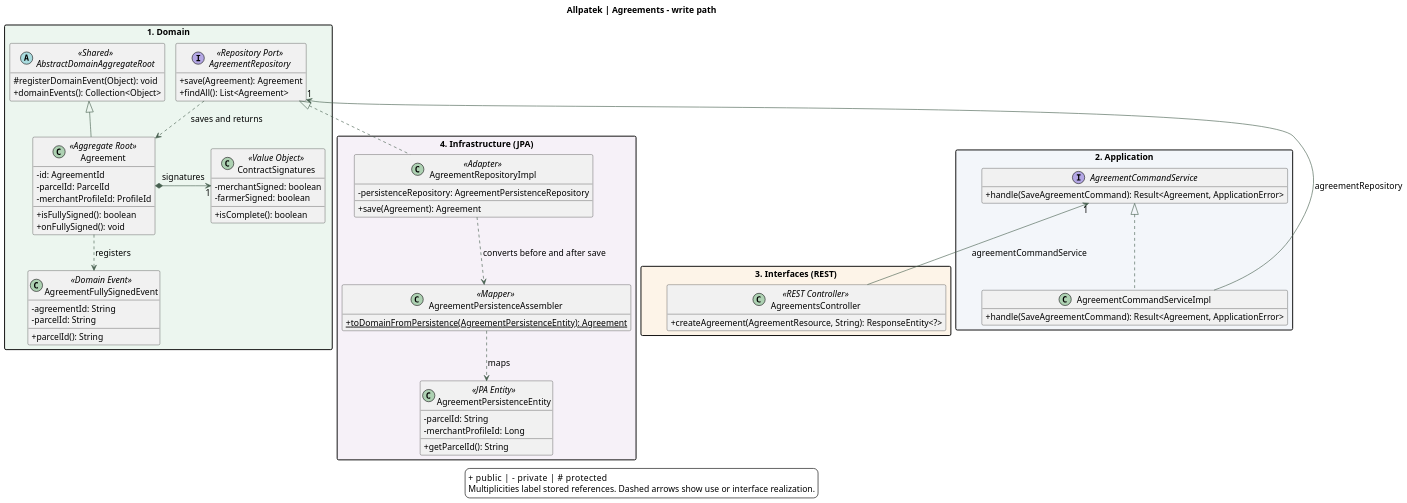
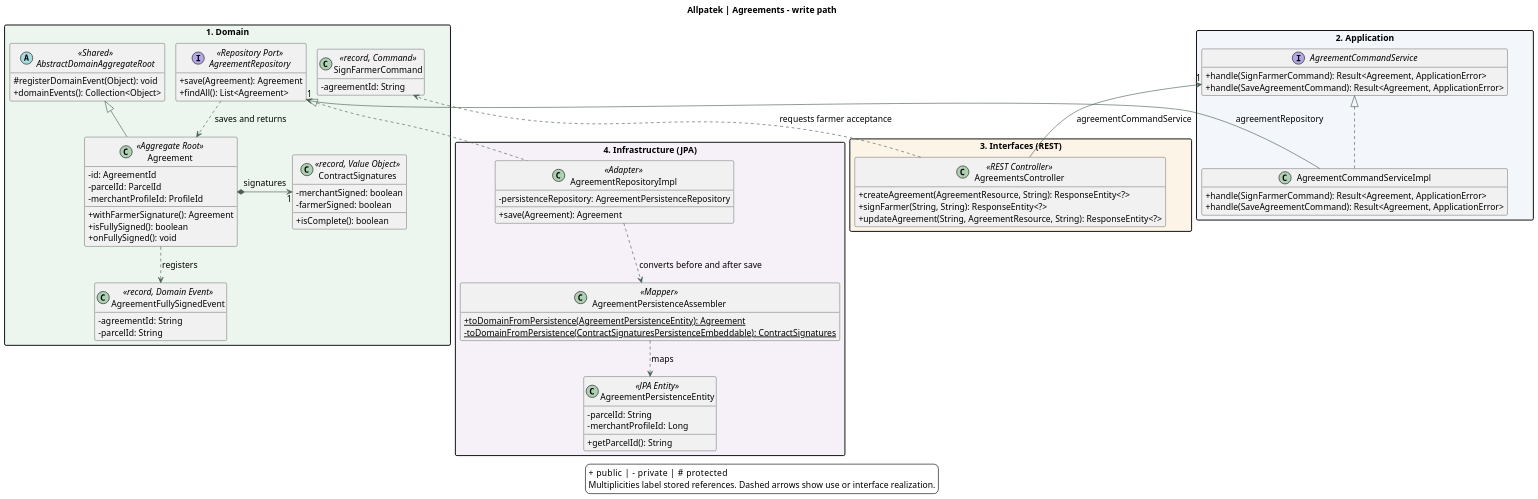
Before and after one commit to upc-pre-202620-1asi0729-7753-Terranova/allpatek-report: the diagram in assets/chapter-04/architecture/10-classes-contracts.puml, drawn with PlantUML. The commit also changed 2 other files, not shown here.

Commit message:
docs(uml): model farmer signature commands and agreement updates

```diff
--- a/assets/chapter-04/architecture/10-classes-contracts.puml
+++ b/assets/chapter-04/architecture/10-classes-contracts.puml
@@ -1,86 +1,95 @@
 @startuml
 !pragma layout smetana
 skinparam backgroundColor white
 skinparam defaultFontName SansSerif
 skinparam defaultFontSize 14
 skinparam shadowing false
 skinparam classAttributeIconSize 0
 skinparam ArrowColor #476050
 skinparam packageStyle rectangle
 skinparam dpi 140
 hide empty members
 top to bottom direction
 title Allpatek | Agreements - write path
 
 package "1. Domain" as Domain #ECF6EF {
+  class SignFarmerCommand <<record, Command>> {
+    -agreementId: String
+  }
   class Agreement <<Aggregate Root>> {
     -id: AgreementId
     -parcelId: ParcelId
     -merchantProfileId: ProfileId
+    +withFarmerSignature(): Agreement
     +isFullySigned(): boolean
     +onFullySigned(): void
   }
-  class ContractSignatures <<Value Object>> {
+  class ContractSignatures <<record, Value Object>> {
     -merchantSigned: boolean
     -farmerSigned: boolean
     +isComplete(): boolean
   }
   interface AgreementRepository <<Repository Port>> {
     +save(Agreement): Agreement
     +findAll(): List<Agreement>
   }
   Agreement *-right-> "1" ContractSignatures : signatures
   AgreementRepository ..> Agreement : saves and returns
   abstract class AbstractDomainAggregateRoot <<Shared>> {
     #registerDomainEvent(Object): void
     +domainEvents(): Collection<Object>
   }
-  class AgreementFullySignedEvent <<Domain Event>> {
+  class AgreementFullySignedEvent <<record, Domain Event>> {
     -agreementId: String
     -parcelId: String
-    +parcelId(): String
   }
   AbstractDomainAggregateRoot <|-- Agreement
   Agreement ..> AgreementFullySignedEvent : registers
 }
 package "2. Application" as Application #F3F6FA {
   interface AgreementCommandService {
+    +handle(SignFarmerCommand): Result<Agreement, ApplicationError>
     +handle(SaveAgreementCommand): Result<Agreement, ApplicationError>
   }
   class AgreementCommandServiceImpl {
+    +handle(SignFarmerCommand): Result<Agreement, ApplicationError>
     +handle(SaveAgreementCommand): Result<Agreement, ApplicationError>
   }
   AgreementCommandService <|.. AgreementCommandServiceImpl
 }
 package "3. Interfaces (REST)" as Interfaces #FDF4E8 {
   class AgreementsController <<REST Controller>> {
     +createAgreement(AgreementResource, String): ResponseEntity<?>
+    +signFarmer(String, String): ResponseEntity<?>
+    +updateAgreement(String, AgreementResource, String): ResponseEntity<?>
   }
 }
 package "4. Infrastructure (JPA)" as Infrastructure #F6F1F8 {
   class AgreementRepositoryImpl <<Adapter>> {
     -persistenceRepository: AgreementPersistenceRepository
     +save(Agreement): Agreement
   }
   class AgreementPersistenceAssembler <<Mapper>> {
     {static} +toDomainFromPersistence(AgreementPersistenceEntity): Agreement
+    {static} -toDomainFromPersistence(ContractSignaturesPersistenceEmbeddable): ContractSignatures
   }
   class AgreementPersistenceEntity <<JPA Entity>> {
     -parcelId: String
     -merchantProfileId: Long
     +getParcelId(): String
   }
   AgreementRepositoryImpl ..> AgreementPersistenceAssembler : converts before and after save
   AgreementPersistenceAssembler ..> AgreementPersistenceEntity : maps
 }
 AgreementRepository "1" <-- AgreementCommandServiceImpl : agreementRepository
 AgreementRepository <|.. AgreementRepositoryImpl
 AgreementCommandService "1" <-- AgreementsController : agreementCommandService
 Domain -[hidden]down-> Application
 Application -[hidden]down-> Interfaces
 
+AgreementsController ..> SignFarmerCommand : requests farmer acceptance
 legend bottom
 + public  |  - private  |  # protected
 Multiplicities label stored references. Dashed arrows show use or interface realization.
 endlegend
 @enduml
```
